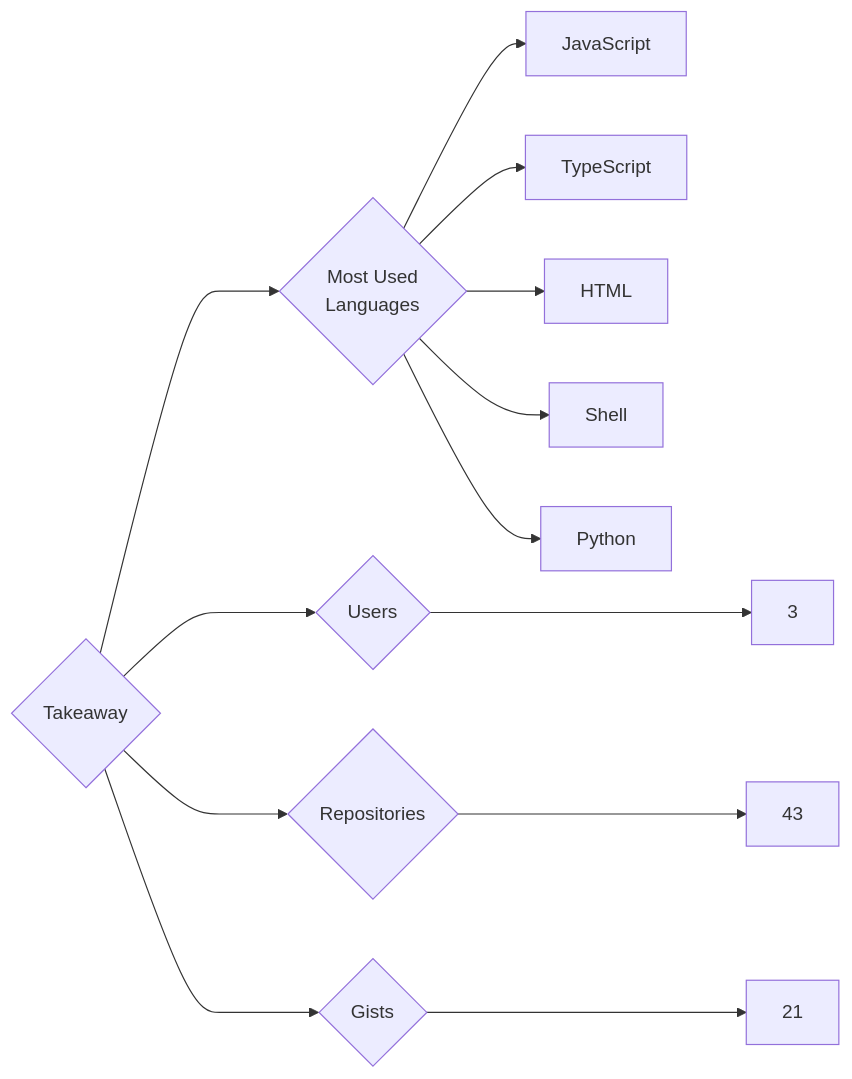
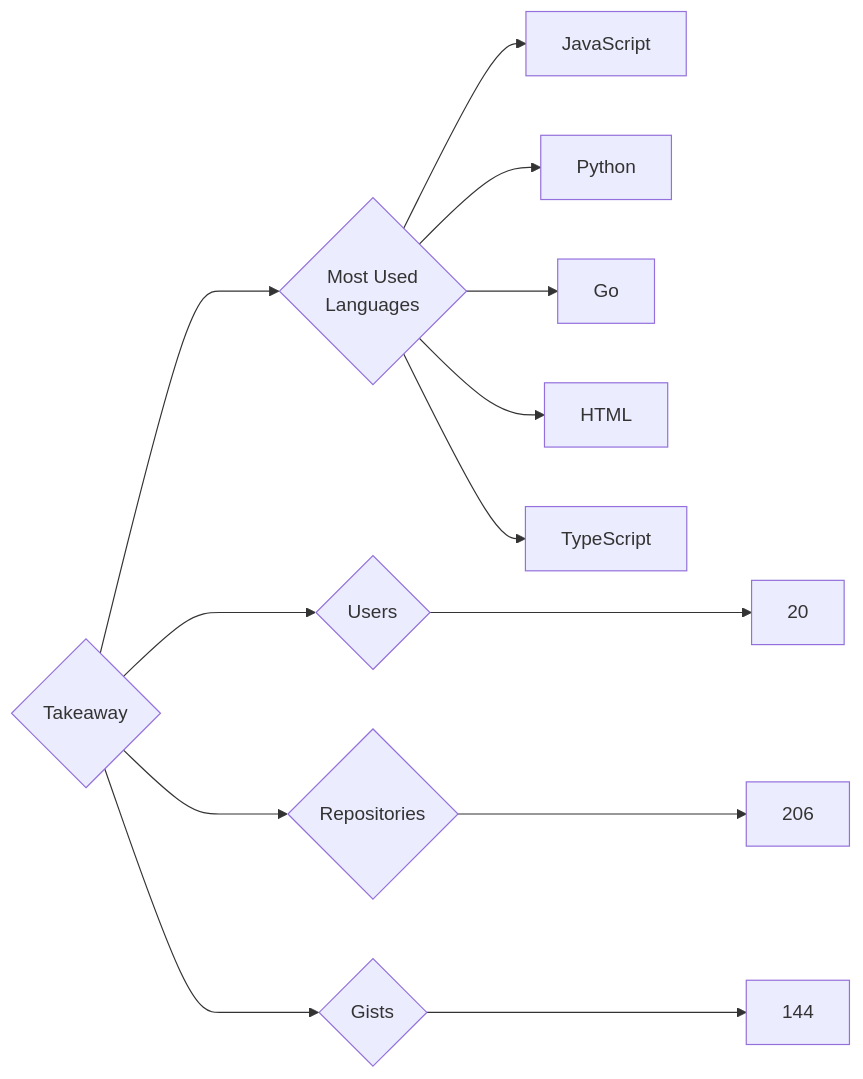
The diagram in targets/Takeaway/README.md (trickest/insiders), drawn with Mermaid before and after one commit. The commit also changed 953 other files, not shown here.

````diff
--- a/targets/Takeaway/README.md
+++ b/targets/Takeaway/README.md
@@ -3,13 +3,13 @@
 ```mermaid
 graph LR
 COMPANY_NAME{Takeaway}
-COMPANY_NAME ---> U{Users} ---> UN[3]
-COMPANY_NAME ---> R{Repositories} ---> RN[43]
-COMPANY_NAME ---> G{Gists} ---> GN[21]
+COMPANY_NAME ---> U{Users} ---> UN[20]
+COMPANY_NAME ---> R{Repositories} ---> RN[206]
+COMPANY_NAME ---> G{Gists} ---> GN[144]
 COMPANY_NAME ---> ML{Most Used<br>Languages}
 ML --> JavaScript[JavaScript]
+ML --> Python[Python]
+ML --> Go[Go]
+ML --> HTML[HTML]
 ML --> TypeScript[TypeScript]
-ML --> HTML[HTML]
-ML --> Shell[Shell]
-ML --> Python[Python]
 ```
````
